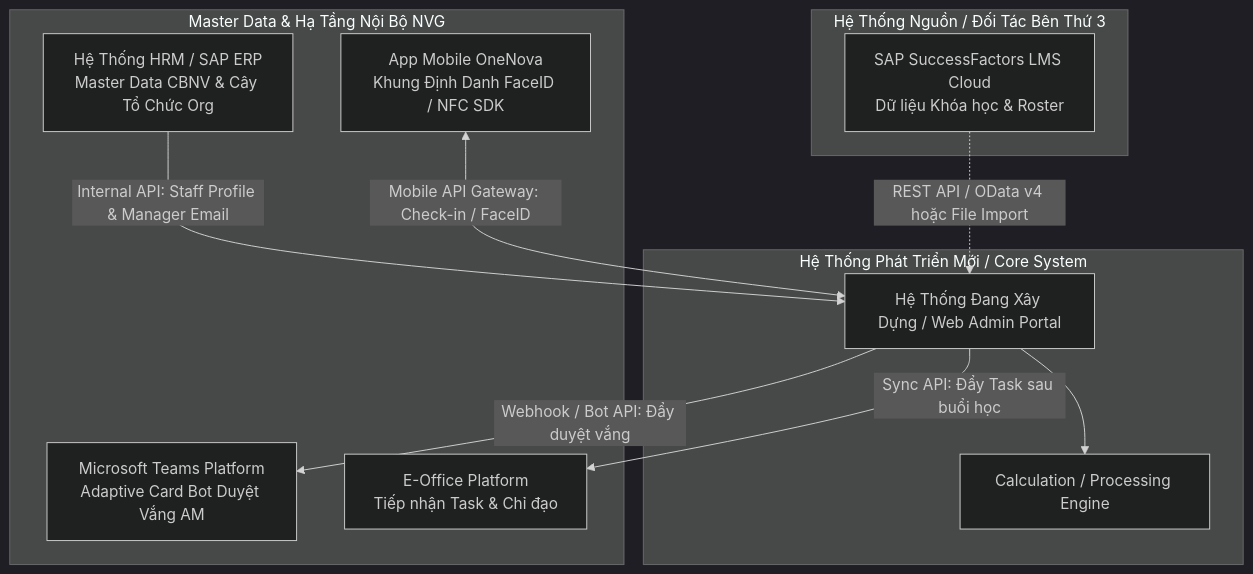
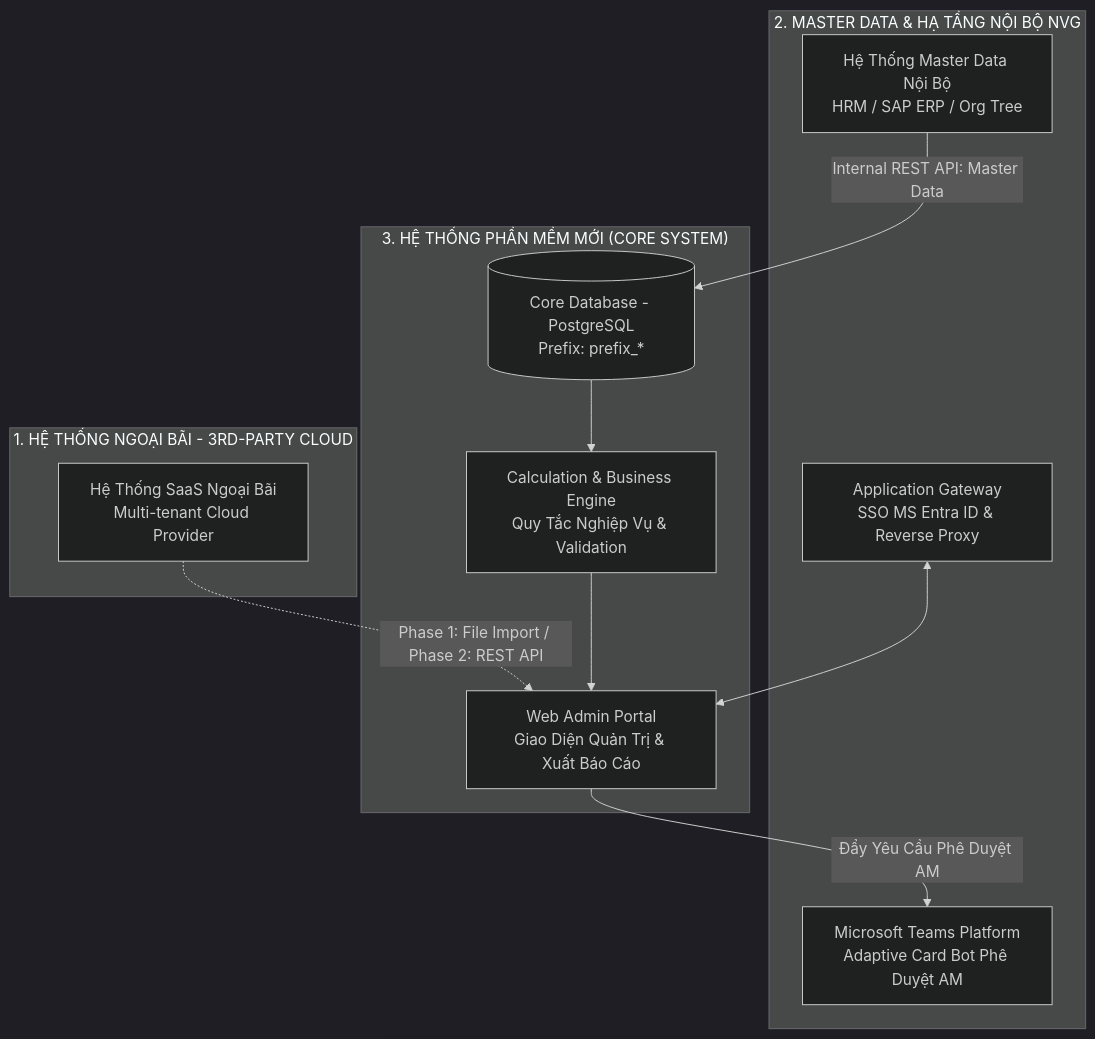
Before and after one commit to silverdoejoker/ba-zone: the first of 3 diagrams in docs/templates/template_brd_standard.md, drawn with Mermaid (dark theme). The commit also changed other lines of this file, not shown here.

````diff
--- a/docs/templates/template_brd_standard.md
+++ b/docs/templates/template_brd_standard.md
@@ -58,25 +175,25 @@
 ```mermaid
 graph TD
-    subgraph External_Cloud [Hệ Thống Nguồn / Đối Tác Bên Thứ 3]
-        LMS[SAP SuccessFactors LMS Cloud<br>Dữ liệu Khóa học & Roster]
+    subgraph Layer_Cloud ["1. HỆ THỐNG NGOẠI BÃI - 3RD-PARTY CLOUD"]
+        Cloud_App["Hệ Thống SaaS Ngoại Bãi<br>Multi-tenant Cloud Provider"]
     end
 
-    subgraph Internal_Master [Master Data & Hạ Tầng Nội Bộ NVG]
-        HRM[Hệ Thống HRM / SAP ERP<br>Master Data CBNV & Cây Tổ Chức Org]
-        OneNova[App Mobile OneNova<br>Khung Định Danh FaceID / NFC SDK]
-        Teams[Microsoft Teams Platform<br>Adaptive Card Bot Duyệt Vắng AM]
-        EOffice[E-Office Platform<br>Tiếp nhận Task & Chỉ đạo]
+    subgraph Layer_Master ["2. MASTER DATA & HẠ TẦNG NỘI BỘ NVG"]
+        HRM_Master["Hệ Thống Master Data Nội Bộ<br>HRM / SAP ERP / Org Tree"]
+        App_Gateway["Application Gateway<br>SSO MS Entra ID & Reverse Proxy"]
+        Teams_Platform["Microsoft Teams Platform<br>Adaptive Card Bot Phê Duyệt AM"]
     end
 
-    subgraph Target_System [Hệ Thống Phát Triển Mới / Core System]
-        CoreApp[Hệ Thống Đang Xây Dựng / Web Admin Portal]
-        Engine[Calculation / Processing Engine]
+    subgraph Layer_Core ["3. HỆ THỐNG PHẦN MỀM MỚI (CORE SYSTEM)"]
+        Web_Admin["Web Admin Portal<br>Giao Diện Quản Trị & Xuất Báo Cáo"]
+        System_DB[("Core Database - PostgreSQL<br>Prefix: prefix_*")]
+        Calc_Engine["Calculation & Business Engine<br>Quy Tắc Nghiệp Vụ & Validation"]
     end
 
-    LMS -.->|REST API / OData v4 hoặc File Import| CoreApp
-    HRM -->|Internal API: Staff Profile & Manager Email| CoreApp
-    OneNova <-->|Mobile API Gateway: Check-in / FaceID| CoreApp
-    CoreApp -->|Webhook / Bot API: Đẩy duyệt vắng| Teams
-    CoreApp -->|Sync API: Đẩy Task sau buổi học| EOffice
-    CoreApp --> Engine
+    Cloud_App -.->|Phase 1: File Import / Phase 2: REST API| Web_Admin
+    HRM_Master -->|Internal REST API: Master Data| System_DB
+    App_Gateway <--> Web_Admin
+    System_DB --> Calc_Engine
+    Calc_Engine --> Web_Admin
+    Web_Admin -->|Đẩy Yêu Cầu Phê Duyệt AM| Teams_Platform
 ```
````
